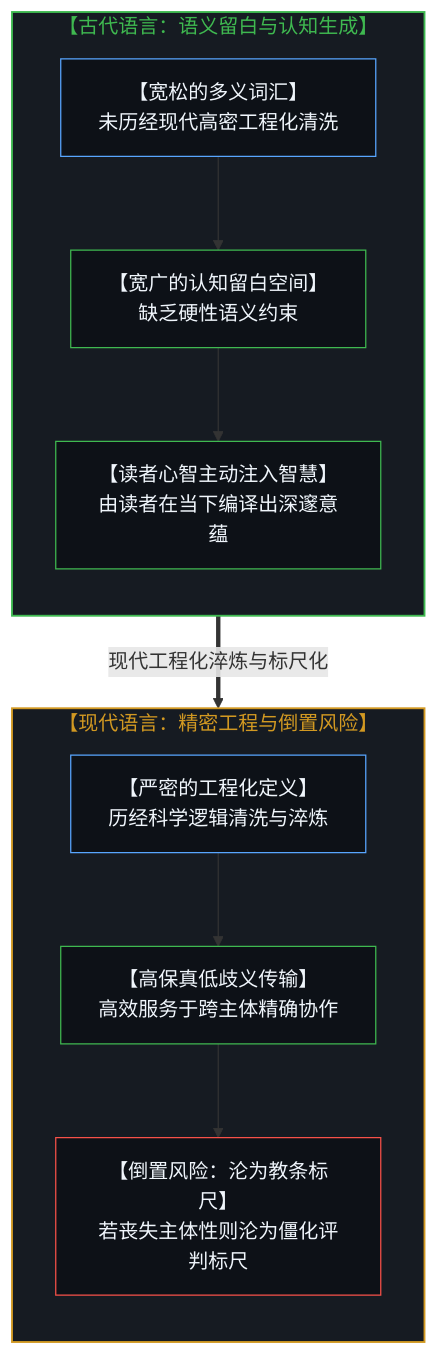
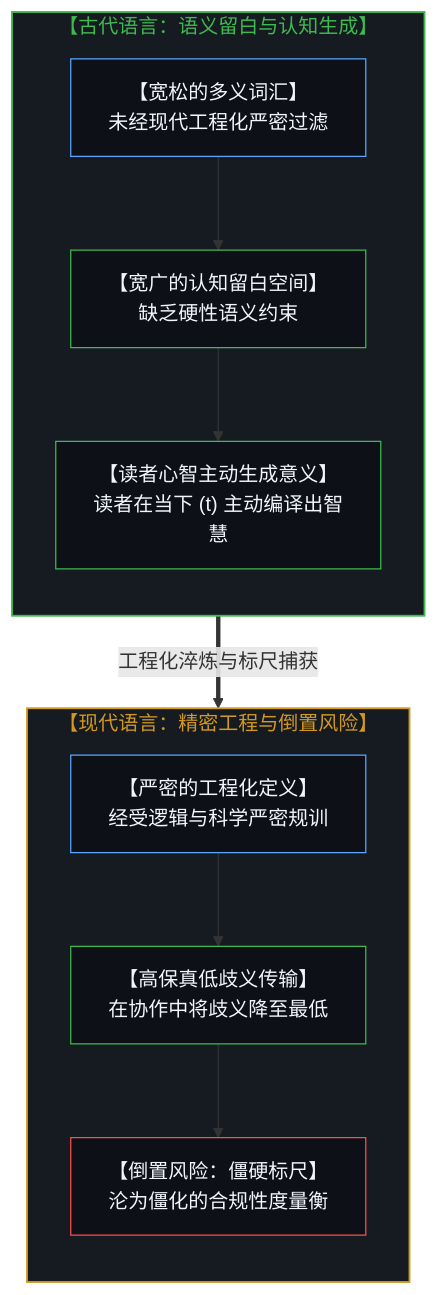
The fifth of 16 diagrams in content/posts/the-dissolution-of-the-great-reversal.md (powerpig99/not-a-toe), drawn with Mermaid before and after one commit. The commit also changed other lines of this file and 3 other files, not shown here.

````diff
--- a/content/posts/the-dissolution-of-the-great-reversal.md
+++ b/content/posts/the-dissolution-of-the-great-reversal.md
@@ -189,31 +177,28 @@
 ```mermaid
 flowchart TD
     subgraph S_Ancient["【古代语言：语义留白与认知生成】"]
         direction TB
-        AncientLexicon["【宽松的多义词汇】<br/>未历经现代高密工程化清洗"]
+        AncientLexicon["【宽松的多义词汇】<br/>未经现代工程化严密过滤"]
         CognitiveMargin["【宽广的认知留白空间】<br/>缺乏硬性语义约束"]
-        ReaderGeneration["【读者心智主动注入智慧】<br/>由读者在当下编译出深邃意蕴"]
+        ReaderGeneration["【读者心智主动生成意义】<br/>读者在当下 (t) 主动编译出智慧"]
         AncientLexicon --> CognitiveMargin
         CognitiveMargin --> ReaderGeneration
     end
-
-    S_Ancient ==>|"现代工程化淬炼与标尺化"| S_Modern
-
+    S_Ancient ==>|"工程化淬炼与标尺捕获"| S_Modern
     subgraph S_Modern["【现代语言：精密工程与倒置风险】"]
         direction TB
-        PreciseDefinitions["【严密的工程化定义】<br/>历经科学逻辑清洗与淬炼"]
-        HighFidelity["【高保真低歧义传输】<br/>高效服务于跨主体精确协作"]
-        OrthodoxyRisk["【倒置风险：沦为教条标尺】<br/>若丧失主体性则沦为僵化评判标尺"]
+        PreciseDefinitions["【严密的工程化定义】<br/>经受逻辑与科学严密规训"]
+        HighFidelity["【高保真低歧义传输】<br/>在协作中将歧义降至最低"]
+        OrthodoxyRisk["【倒置风险：僵硬标尺】<br/>沦为僵化的合规性度量衡"]
         PreciseDefinitions --> HighFidelity
         HighFidelity --> OrthodoxyRisk
     end
-
     style S_Ancient fill:#161b22,stroke:#3fb950,stroke-width:1.5px,color:#3fb950
     style S_Modern fill:#161b22,stroke:#d29922,stroke-width:1.5px,color:#d29922
     style AncientLexicon fill:#0d1117,stroke:#58a6ff,stroke-width:1px,color:#f0f6fc
     style CognitiveMargin fill:#0d1117,stroke:#3fb950,stroke-width:1px,color:#f0f6fc
     style ReaderGeneration fill:#0d1117,stroke:#3fb950,stroke-width:1px,color:#f0f6fc
     style PreciseDefinitions fill:#0d1117,stroke:#58a6ff,stroke-width:1px,color:#f0f6fc
     style HighFidelity fill:#0d1117,stroke:#3fb950,stroke-width:1px,color:#f0f6fc
     style OrthodoxyRisk fill:#0d1117,stroke:#f85149,stroke-width:1px,color:#f0f6fc
 ```
````
